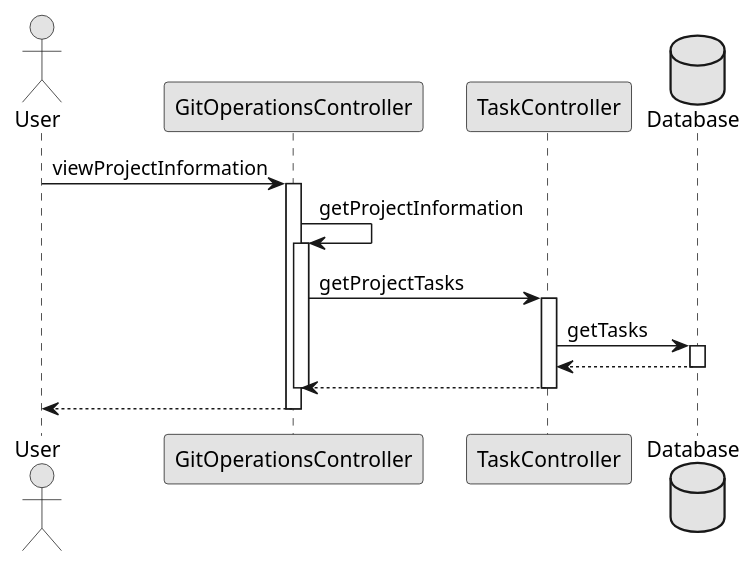
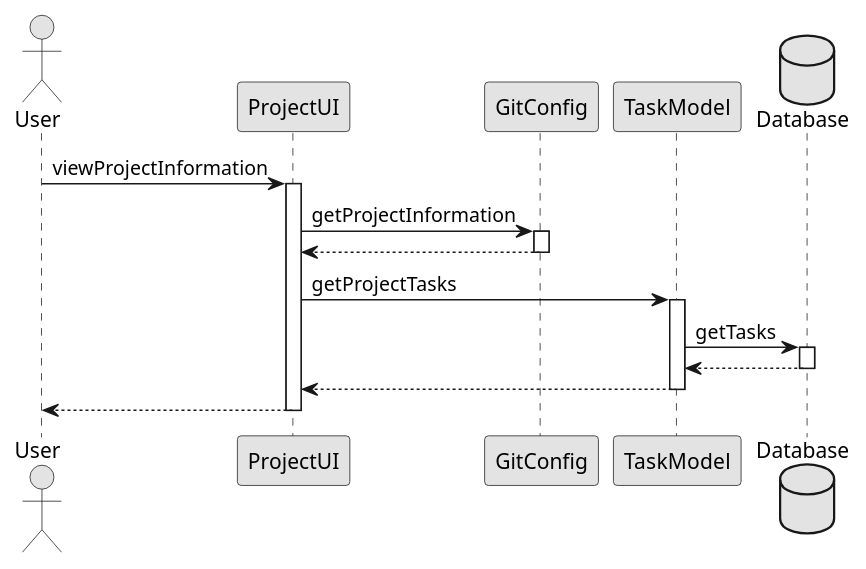
One commit to imdar1/GitMonitor changed the diagram in docs/res/seq5.pu. Above: the diagram before and after it, drawn with PlantUML. The commit also changed 6 other files, not shown here.

```diff
--- a/docs/res/seq5.pu
+++ b/docs/res/seq5.pu
@@ -1,29 +1,32 @@
 @startuml sequence_diagram5
 skinparam monochrome true
 actor User as user
-participant "GitOperationsController" as a1
-participant "TaskController" as a2
+participant "ProjectUI" as i1
+participant "GitConfig" as a1
+participant "TaskModel" as a2
 database "Database" as db
 
-user -> a1: viewProjectInformation
+user -> i1: viewProjectInformation
+activate i1
+
+i1 -> a1: getProjectInformation
 activate a1
 
-a1 -> a1: getProjectInformation
-activate a1
+a1 --> i1
+deactivate a1
 
-a1 -> a2: getProjectTasks
+i1 -> a2: getProjectTasks
 activate a2
 
 a2 -> db: getTasks
 activate db
 
 db --> a2
 deactivate db
-a2 --> a1
+a2 --> i1
 deactivate a2
-deactivate a1
 
-a1 --> user
-deactivate a1
+i1 --> user
+deactivate i1
 
 @enduml
```
